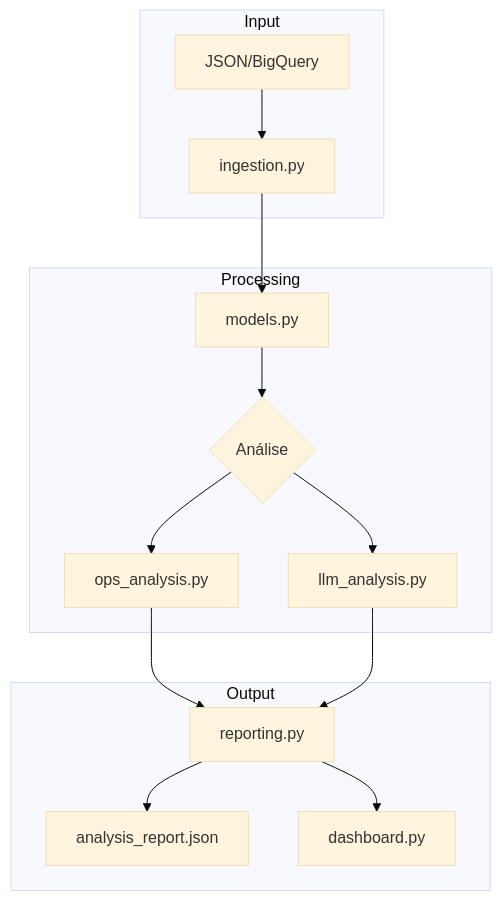
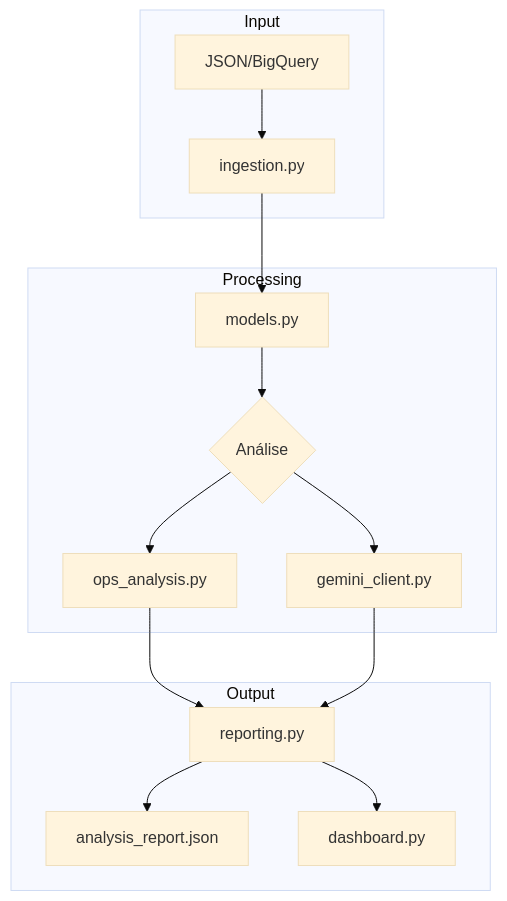
Before and after one commit to gabrielpastega-bcmed/projeto_analise_SDR: the diagram in docs/technical/architecture.md, drawn with Mermaid (base theme). The commit also changed other lines of this file and 2 other files, not shown here.

````diff
--- a/docs/technical/architecture.md
+++ b/docs/technical/architecture.md
@@ -5,20 +5,20 @@
 ```mermaid
 flowchart TD
     subgraph Input
         A[JSON/BigQuery] --> B[ingestion.py]
     end
 
     subgraph Processing
         B --> C[models.py]
         C --> D{Análise}
         D --> E[ops_analysis.py]
-        D --> F[llm_analysis.py]
+        D --> F[gemini_client.py]
     end
 
     subgraph Output
         E --> G[reporting.py]
         F --> G
         G --> H[analysis_report.json]
         G --> I[dashboard.py]
     end
 ```
````
